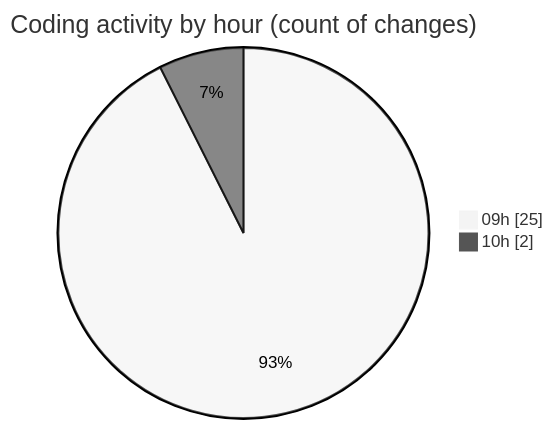
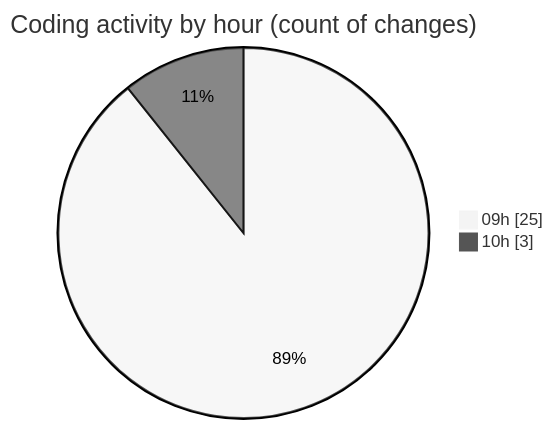
The second of 2 diagrams in 2025-11-18/cda/README.md (momahboobian/code-tracking), drawn with Mermaid (neutral theme) before and after one commit. The commit also changed other lines of this file and 1 other file, not shown here.

````diff
--- a/2025-11-18/cda/README.md
+++ b/2025-11-18/cda/README.md
@@ -33,6 +34,6 @@
 ```mermaid
 pie showData
 title Coding activity by hour (count of changes)
 "09h" : 25
-"10h" : 2
+"10h" : 3
 ```
````
